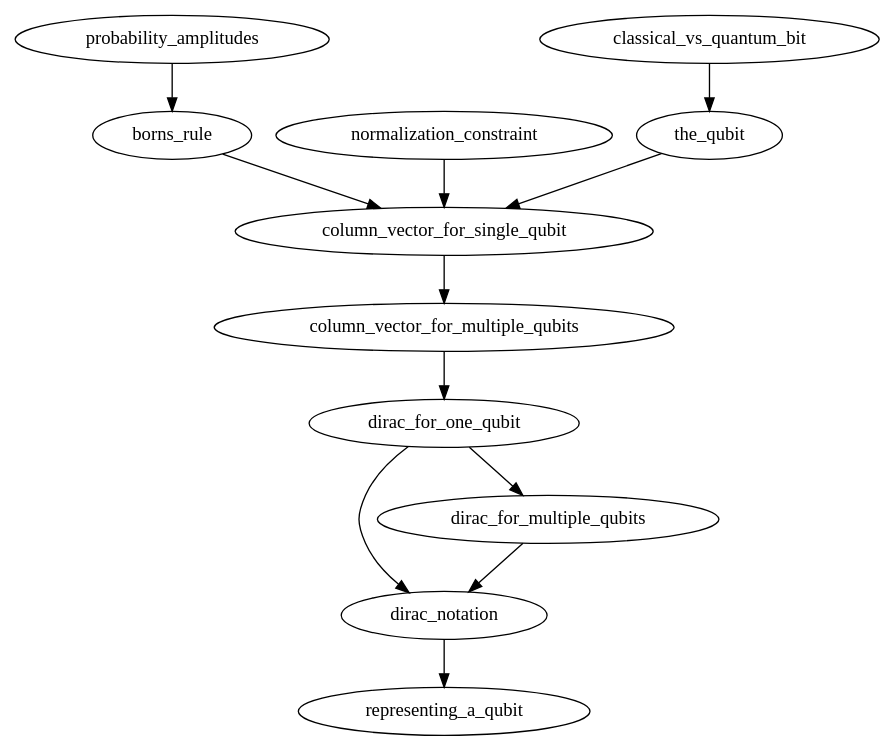
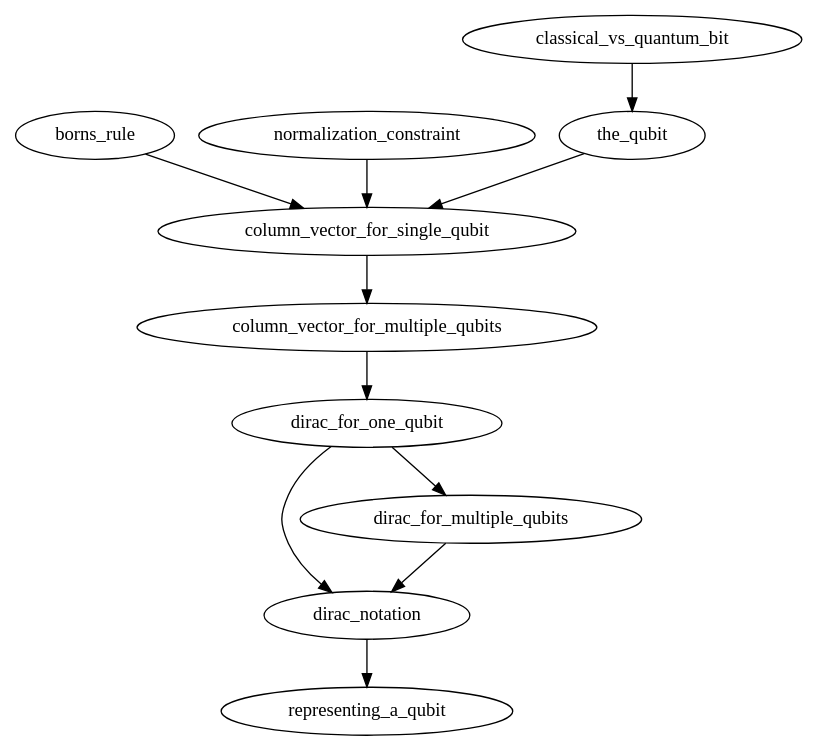
The diagram in AI_DOT_Files/graph.gv (NoleStites/STEM-REx), drawn with Graphviz before and after one commit.

```diff
--- a/AI_DOT_Files/graph.gv
+++ b/AI_DOT_Files/graph.gv
@@ -1,19 +1,18 @@
 /*
 To compile into a png:
 dot -Tpng graph.gv -o graph.png
 */
 
 
 digraph 
 {
 	"dirac_notation" -> "representing_a_qubit";
 	"dirac_for_multiple_qubits" -> "dirac_notation";
 	"dirac_for_one_qubit" -> {"dirac_for_multiple_qubits" "dirac_notation"};
 	"column_vector_for_multiple_qubits" -> "dirac_for_one_qubit";
 	"column_vector_for_single_qubit" -> "column_vector_for_multiple_qubits";
 	"borns_rule" -> "column_vector_for_single_qubit";
 	"normalization_constraint" -> "column_vector_for_single_qubit";
 	"the_qubit" -> "column_vector_for_single_qubit";
-	"probability_amplitudes" -> "borns_rule";
 	"classical_vs_quantum_bit" -> "the_qubit";
 }
```
